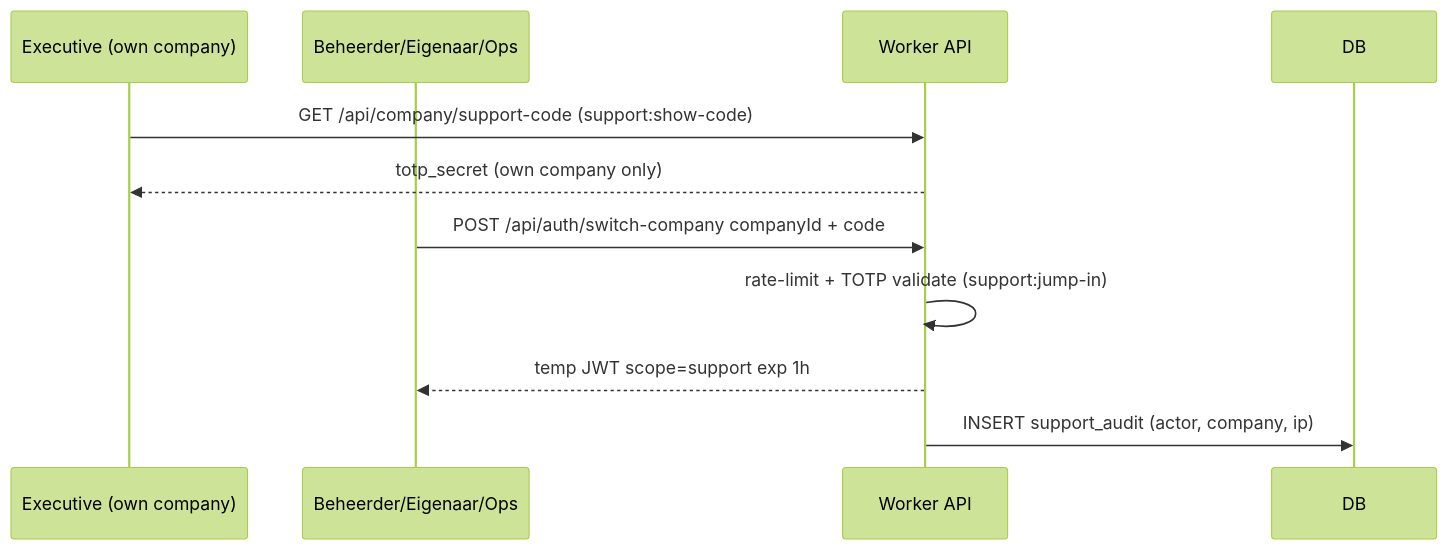
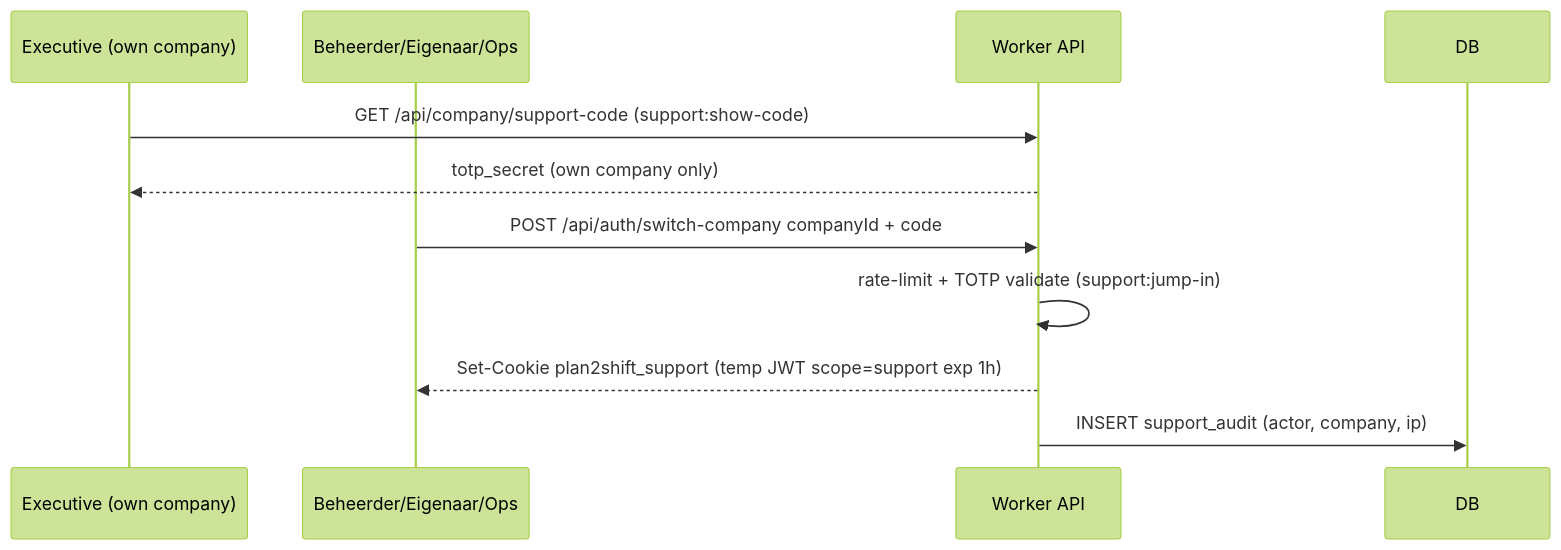
Before and after one commit to Rhine-Solution/rhinesolution-website: diagram 24 of 30 in plan2shift/PLAN2SHIFT.md, drawn with Mermaid (forest theme). The commit also changed other lines of this file and 3 other files, not shown here.

Commit message:
Restyle PLAN2SHIFT book reader as a standard site page; refresh book to latest docs

````diff
--- a/plan2shift/PLAN2SHIFT.md
+++ b/plan2shift/PLAN2SHIFT.md
@@ -696,12 +696,12 @@
 ```mermaid
 sequenceDiagram
     participant EX as Executive (own company)
     participant OPS as Beheerder/Eigenaar/Ops
     participant API as Worker API
     EX->>API: GET /api/company/support-code (support:show-code)
     API-->>EX: totp_secret (own company only)
     OPS->>API: POST /api/auth/switch-company companyId + code
     API->>API: rate-limit + TOTP validate (support:jump-in)
-    API-->>OPS: temp JWT scope=support exp 1h
+    API-->>OPS: Set-Cookie plan2shift_support (temp JWT scope=support exp 1h)
     API->>DB: INSERT support_audit (actor, company, ip)
 ```
````
